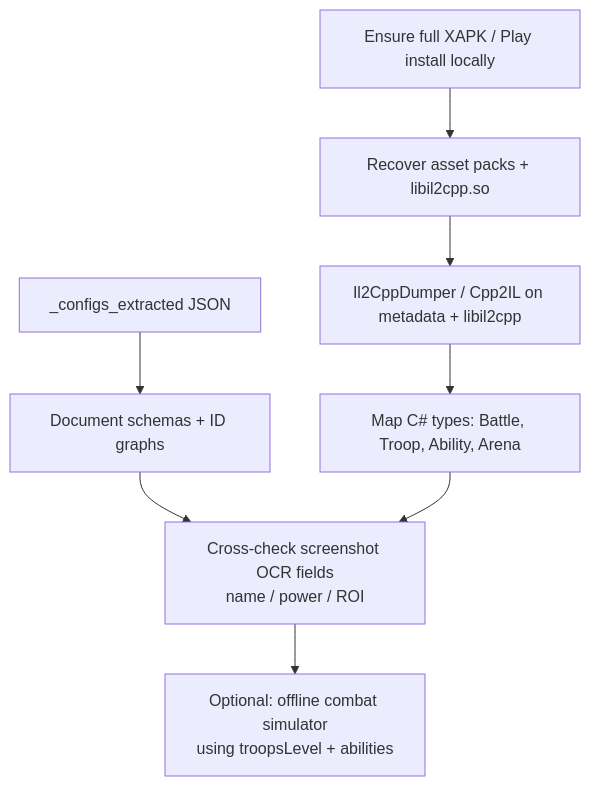
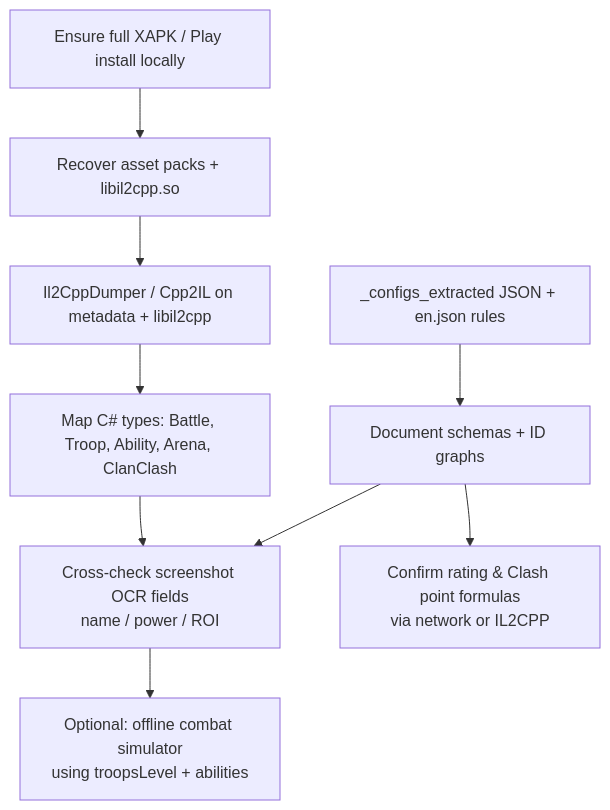
One commit to eonil4/kingdom-clash-duel changed the eighth of 8 diagrams in doc/architecture/apk-reverse-engineering.MD. Above: the diagram before and after it, drawn with Mermaid. The commit also changed other lines of this file and 1 other file, not shown here.

First line of the commit message:
Enhance APK reverse engineering documentation and introduce Clan Clash battle simulator specification

````diff
--- a/doc/architecture/apk-reverse-engineering.MD
+++ b/doc/architecture/apk-reverse-engineering.MD
@@ -317,10 +480,11 @@
 ```mermaid
 flowchart TD
   A[Ensure full XAPK / Play install locally] --> B[Recover asset packs + libil2cpp.so]
   B --> C[Il2CppDumper / Cpp2IL on metadata + libil2cpp]
-  C --> D[Map C# types: Battle, Troop, Ability, Arena]
-  E[_configs_extracted JSON] --> F[Document schemas + ID graphs]
+  C --> D[Map C# types: Battle, Troop, Ability, Arena, ClanClash]
+  E[_configs_extracted JSON + en.json rules] --> F[Document schemas + ID graphs]
   F --> G[Cross-check screenshot OCR fields\nname / power / ROI]
   D --> G
   G --> H[Optional: offline combat simulator\nusing troopsLevel + abilities]
+  F --> I[Confirm rating & Clash point formulas\nvia network or IL2CPP]
 ```
````
